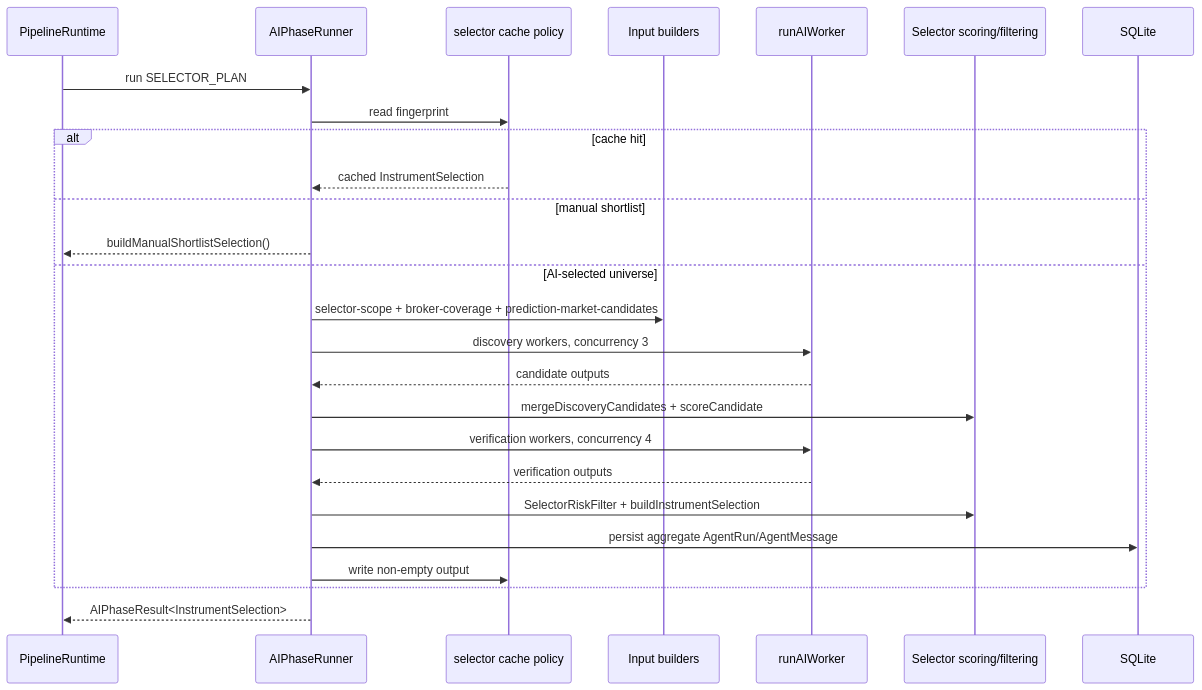
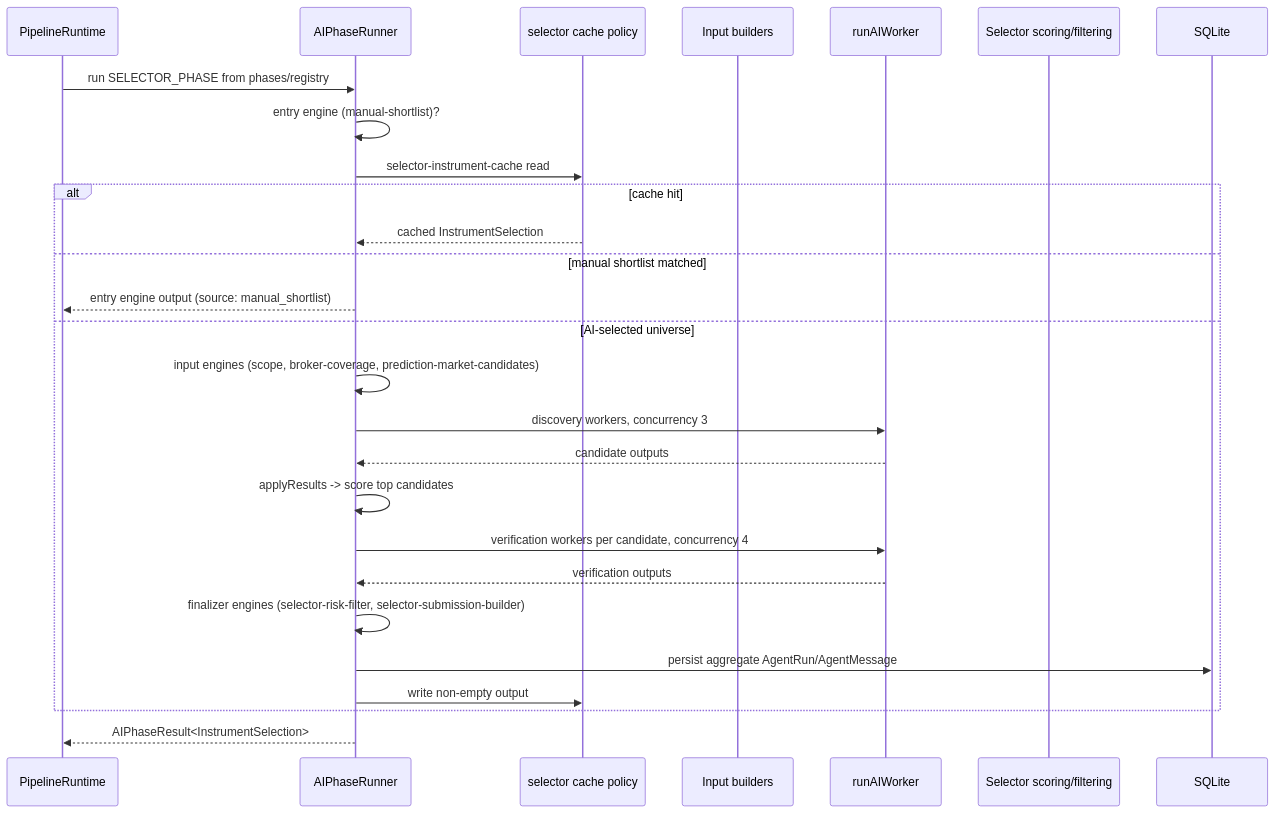
Before and after one commit to KennethAtchon/Exva: the fifth of 9 diagrams in docs/architecture/pipeline-runtime.md, drawn with Mermaid. The commit also changed other lines of this file and 19 other files, not shown here.

First line of the commit message:
Implement definition-first pipeline architecture and enhance phase organization

````diff
--- a/docs/architecture/pipeline-runtime.md
+++ b/docs/architecture/pipeline-runtime.md
@@ -250,29 +300,30 @@
 ```mermaid
 sequenceDiagram
     participant PR as PipelineRuntime
     participant Phase as AIPhaseRunner
     participant Cache as selector cache policy
     participant Inputs as Input builders
     participant Worker as runAIWorker
     participant Scoring as Selector scoring/filtering
     participant DB as SQLite
 
-    PR->>Phase: run SELECTOR_PLAN
-    Phase->>Cache: read fingerprint
+    PR->>Phase: run SELECTOR_PHASE from phases/registry
+    Phase->>Phase: entry engine (manual-shortlist)?
+    Phase->>Cache: selector-instrument-cache read
     alt cache hit
         Cache-->>Phase: cached InstrumentSelection
-    else manual shortlist
-        Phase-->>PR: buildManualShortlistSelection()
+    else manual shortlist matched
+        Phase-->>PR: entry engine output (source: manual_shortlist)
     else AI-selected universe
-        Phase->>Inputs: selector-scope + broker-coverage + prediction-market-candidates
+        Phase->>Phase: input engines (scope, broker-coverage, prediction-market-candidates)
         Phase->>Worker: discovery workers, concurrency 3
         Worker-->>Phase: candidate outputs
-        Phase->>Scoring: mergeDiscoveryCandidates + scoreCandidate
-        Phase->>Worker: verification workers, concurrency 4
+        Phase->>Phase: applyResults -> score top candidates
+        Phase->>Worker: verification workers per candidate, concurrency 4
         Worker-->>Phase: verification outputs
-        Phase->>Scoring: SelectorRiskFilter + buildInstrumentSelection
+        Phase->>Phase: finalizer engines (selector-risk-filter, selector-submission-builder)
         Phase->>DB: persist aggregate AgentRun/AgentMessage
         Phase->>Cache: write non-empty output
     end
     Phase-->>PR: AIPhaseResult<InstrumentSelection>
 ```
````
